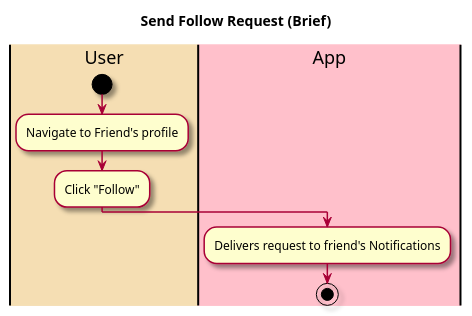
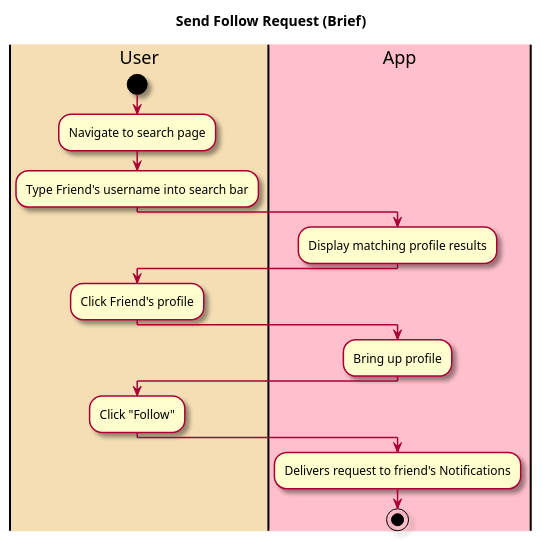
The diagram in intellij/doc/use_cases/send-follow-request.md (tanwasp/LunchBox-Android), drawn with PlantUML before and after one commit. The commit also changed 4 other files, not shown here.

````diff
--- a/intellij/doc/use_cases/send-follow-request.md
+++ b/intellij/doc/use_cases/send-follow-request.md
@@ -23,21 +23,33 @@
 ```plantuml
 @startuml
 
 skin rose
 
 title Send Follow Request (Brief)
 
 |#wheat|User|
 |#pink|App|
 
 |User|
 start
-:Navigate to Friend's profile;
+:Navigate to search page;
+:Type Friend's username into search bar;
+
+|App|
+:Display matching profile results;
+
+|User|
+:Click Friend's profile;
+
+|App|
+:Bring up profile;
+
+|User|
 :Click "Follow";
 
 |App|
 :Delivers request to friend's Notifications;
 
 stop
 @enduml
 ```
````
